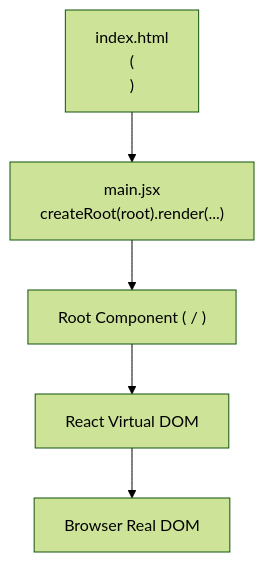
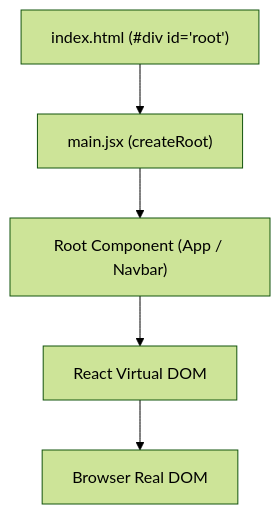
One commit to spant671-ux/React2 changed the first of 11 diagrams in notes.md. Above: the diagram before and after it, drawn with Mermaid (forest theme). The commit also changed other lines of this file and 1 other file, not shown here.

````diff
--- a/notes.md
+++ b/notes.md
@@ -40,7 +29,7 @@
 ```mermaid
 graph TD
-    HTML["index.html<br/>(<div id='root'></div>)"] --> Main["main.jsx<br/>createRoot(root).render(...)"]
-    Main --> AppComp["Root Component (<Navbar /> / <App />)"]
+    HTML["index.html (#div id='root')"] --> Main["main.jsx (createRoot)"]
+    Main --> AppComp["Root Component (App / Navbar)"]
     AppComp --> VDOM["React Virtual DOM"]
     VDOM --> RealDOM["Browser Real DOM"]
 ```
````
